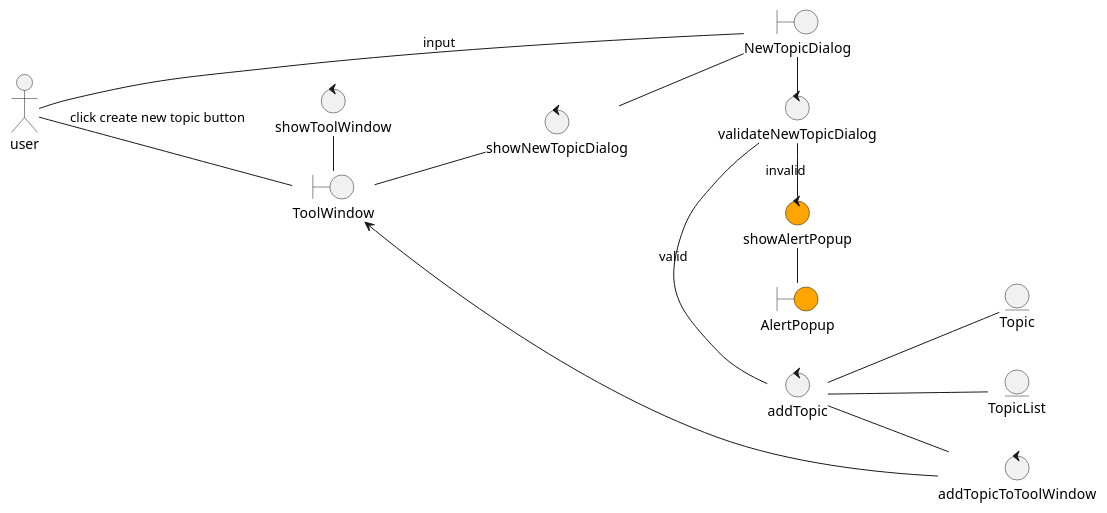
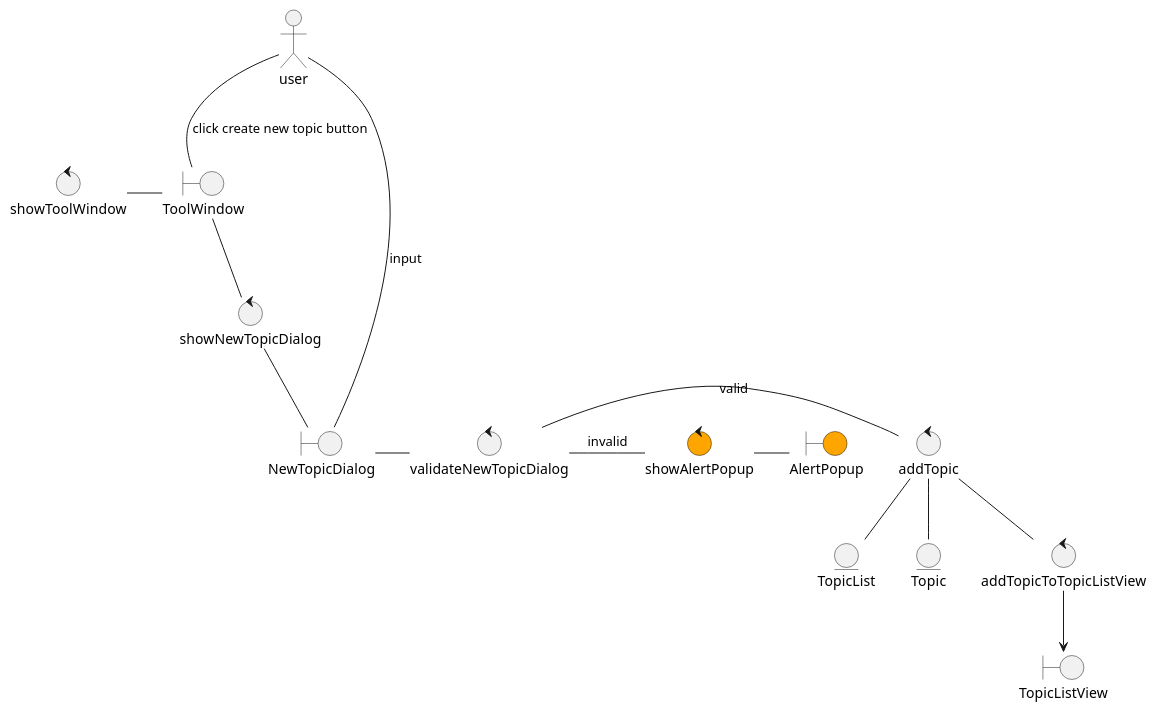
One commit to kitabatake/CodeReadingNote changed the diagram in documents/robustness/create_topic.puml. Above: the diagram before and after it, drawn with PlantUML. The commit also changed 4 other files, not shown here.

```diff
--- a/documents/robustness/create_topic.puml
+++ b/documents/robustness/create_topic.puml
@@ -12,43 +12,43 @@
 @startuml
 
-left to right direction
+'left to right direction
 
 /' definition '/
 actor user
 
 entity TopicList
 entity Topic
 
 boundary ToolWindow
 boundary NewTopicDialog
 boundary AlertPopup #orange
+boundary TopicListView
 
 control showToolWindow
 control showNewTopicDialog
 control validateNewTopicDialog
 control addTopic
-control addTopicToToolWindow
+control addTopicToTopicListView
 control showAlertPopup #orange
 
 /' flow '/
-
 user -- ToolWindow : click create new topic button
 showToolWindow - ToolWindow
 
 ToolWindow -- showNewTopicDialog
 showNewTopicDialog -- NewTopicDialog
 
 user -- NewTopicDialog : input
 NewTopicDialog - validateNewTopicDialog
 
 validateNewTopicDialog - addTopic : valid
 validateNewTopicDialog - showAlertPopup : invalid
 
 addTopic -- TopicList
 addTopic -- Topic
 
 showAlertPopup - AlertPopup
 
-addTopic -- addTopicToToolWindow
-addTopicToToolWindow --> ToolWindow
+addTopic -- addTopicToTopicListView
+addTopicToTopicListView --> TopicListView
 @enduml
```
